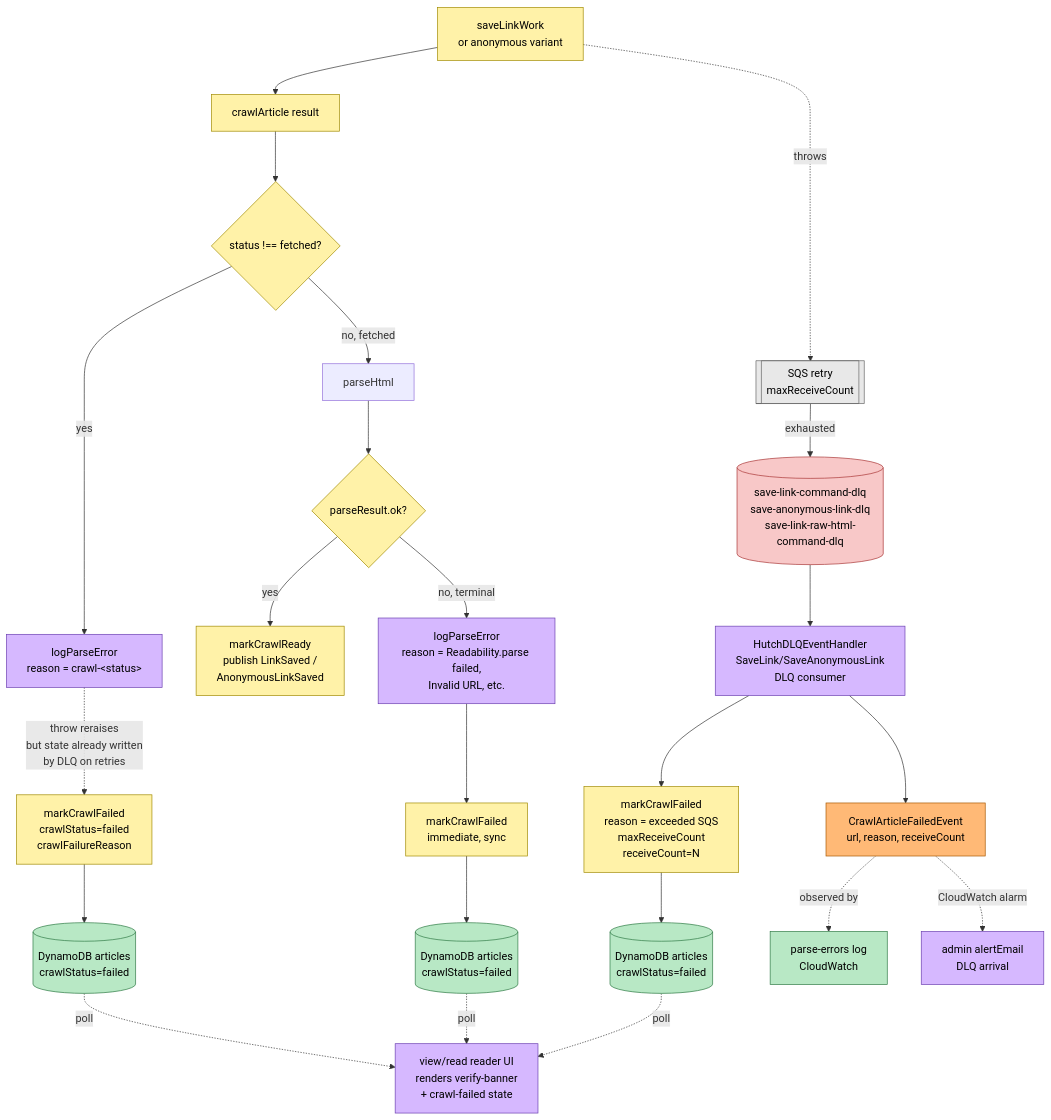
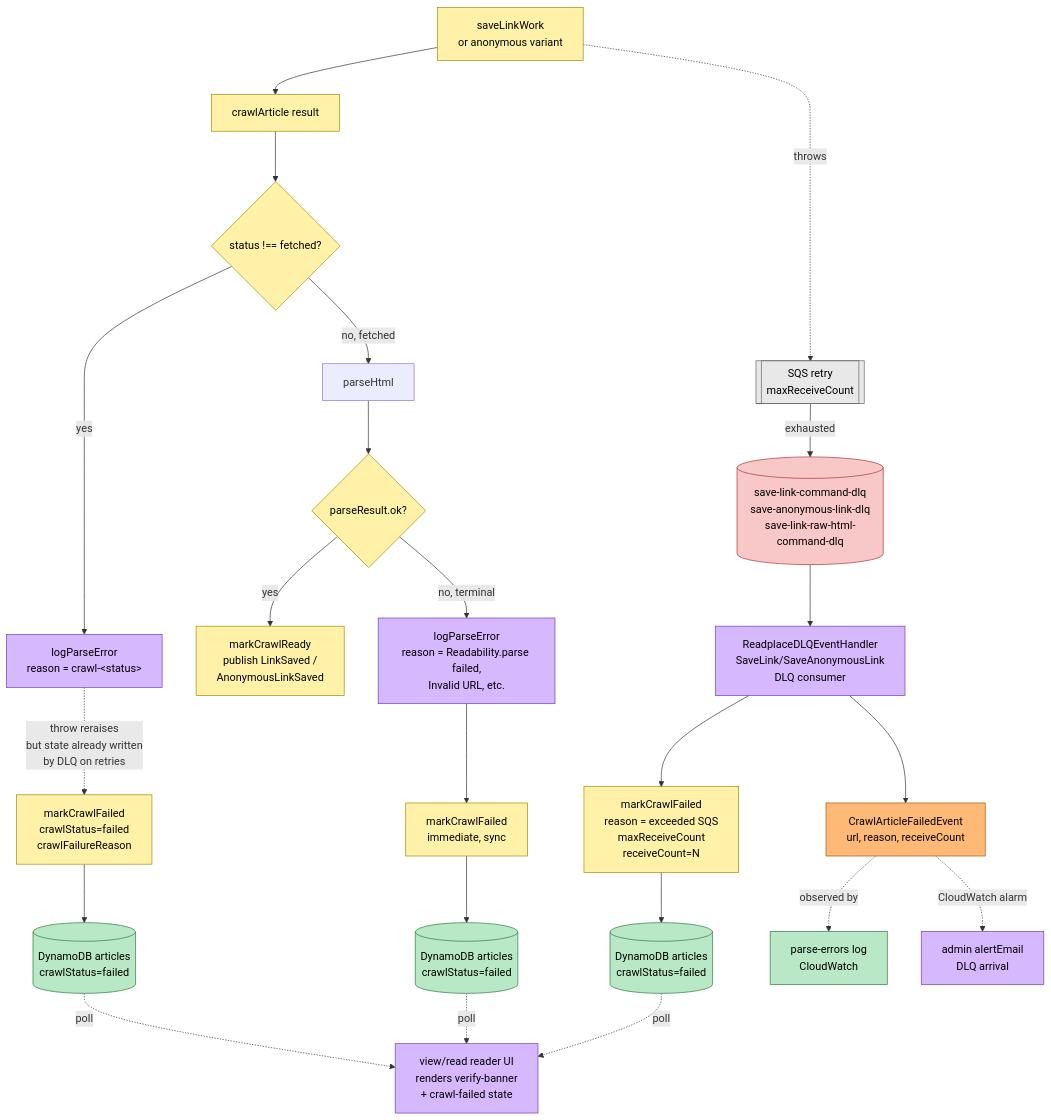
Before and after one commit to HutchApp/hutch-app: the fourth of 4 diagrams in .architecture/2026-04-24-d5f38258/article-crawl-pipeline.md, drawn with Mermaid. The commit also changed other lines of this file and 17 other files, not shown here.

Commit message:
docs: rename hutch to readplace across skills and md files

````diff
--- a/.architecture/2026-04-24-d5f38258/article-crawl-pipeline.md
+++ b/.architecture/2026-04-24-d5f38258/article-crawl-pipeline.md
@@ -232,57 +232,57 @@
 ```mermaid
 flowchart TD
     classDef command fill:#a6d8ff,stroke:#1e6fb8,color:#000
     classDef system  fill:#fff2a8,stroke:#a08a00,color:#000
     classDef event   fill:#ffb976,stroke:#a85800,color:#000
     classDef policy  fill:#d6b8ff,stroke:#6b3fb0,color:#000
     classDef store   fill:#b8e8c5,stroke:#2f7a45,color:#000
     classDef queue   fill:#e8e8e8,stroke:#666,color:#000
     classDef dlq     fill:#f8c8c8,stroke:#a83434,color:#000
 
     Worker[saveLinkWork<br/>or anonymous variant]:::system
 
     %% Terminal parse branch
     Crawl[crawlArticle result]:::system
     Worker --> Crawl
     TerminalCrawl{status !== fetched?}:::system
     Crawl --> TerminalCrawl
     LogPE1[logParseError<br/>reason = crawl-&lt;status&gt;]:::policy
     MCF1[markCrawlFailed<br/>crawlStatus=failed<br/>crawlFailureReason]:::system
     Articles1[(DynamoDB articles<br/>crawlStatus=failed)]:::store
     TerminalCrawl -->|yes| LogPE1
     LogPE1 -.->|throw reraises<br/>but state already written<br/>by DLQ on retries| MCF1
     MCF1 --> Articles1
 
     %% Parse branch
     TerminalCrawl -->|no, fetched| Parse[parseHtml]
     Parse --> ParseOk{parseResult.ok?}:::system
     ParseOk -->|yes| Happy[markCrawlReady<br/>publish LinkSaved /<br/>AnonymousLinkSaved]:::system
     ParseOk -->|no, terminal| LogPE2[logParseError<br/>reason = Readability.parse failed,<br/>Invalid URL, etc.]:::policy
     MCF2[markCrawlFailed<br/>immediate, sync]:::system
     Articles2[(DynamoDB articles<br/>crawlStatus=failed)]:::store
     LogPE2 --> MCF2 --> Articles2
 
     %% Re-throws into SQS retry machinery
     Retry[[SQS retry<br/>maxReceiveCount]]:::queue
     Worker -.throws.-> Retry
 
     %% DLQ path for non-terminal crash (e.g. infra error, timeout)
     DLQ[(save-link-command-dlq<br/>save-anonymous-link-dlq<br/>save-link-raw-html-command-dlq)]:::dlq
     Retry -->|exhausted| DLQ
-    DLQHandler[HutchDLQEventHandler<br/>SaveLink/SaveAnonymousLink<br/>DLQ consumer]:::policy
+    DLQHandler[ReadplaceDLQEventHandler<br/>SaveLink/SaveAnonymousLink<br/>DLQ consumer]:::policy
     DLQ --> DLQHandler
     MCF3[markCrawlFailed<br/>reason = exceeded SQS<br/>maxReceiveCount<br/>receiveCount=N]:::system
     Articles3[(DynamoDB articles<br/>crawlStatus=failed)]:::store
     DLQHandler --> MCF3 --> Articles3
 
     %% Terminal events
     CAFE[CrawlArticleFailedEvent<br/>url, reason, receiveCount]:::event
     DLQHandler --> CAFE
     CAFE -.observed by.-> ParseErrorsLog[parse-errors log<br/>CloudWatch]:::store
     CAFE -.CloudWatch alarm.-> AdminEmail[admin alertEmail<br/>DLQ arrival]:::policy
 
     %% What the reader sees
     Articles1 -.poll.-> ReaderUI[view/read reader UI<br/>renders verify-banner<br/>+ crawl-failed state]:::policy
     Articles2 -.poll.-> ReaderUI
     Articles3 -.poll.-> ReaderUI
 ```
````
